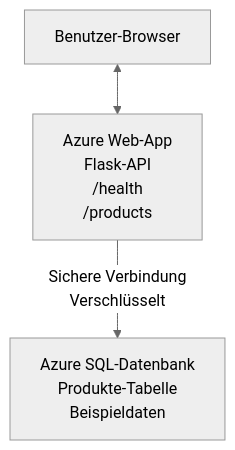
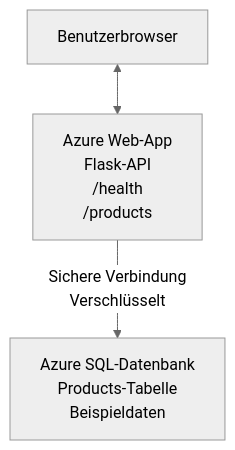
One commit to microsoft/AZD-for-beginners changed the diagram in translations/de/examples/database-app/README.md. Above: the diagram before and after it, drawn with Mermaid (neutral theme). The commit also changed other lines of this file and 101 other files, not shown here.

````diff
--- a/translations/de/examples/database-app/README.md
+++ b/translations/de/examples/database-app/README.md
@@ -72,5 +72,5 @@
 ```mermaid
 graph TD
-    Browser[Benutzer-Browser] <--> WebApp[Azure Web-App<br/>Flask-API<br/>/health<br/>/products]
-    WebApp -- Sichere Verbindung<br/>Verschlüsselt --> SQL[Azure SQL-Datenbank<br/>Produkte-Tabelle<br/>Beispieldaten]
+    Browser[Benutzerbrowser] <--> WebApp[Azure Web-App<br/>Flask-API<br/>/health<br/>/products]
+    WebApp -- Sichere Verbindung<br/>Verschlüsselt --> SQL[Azure SQL-Datenbank<br/>Products-Tabelle<br/>Beispieldaten]
 ```
````
